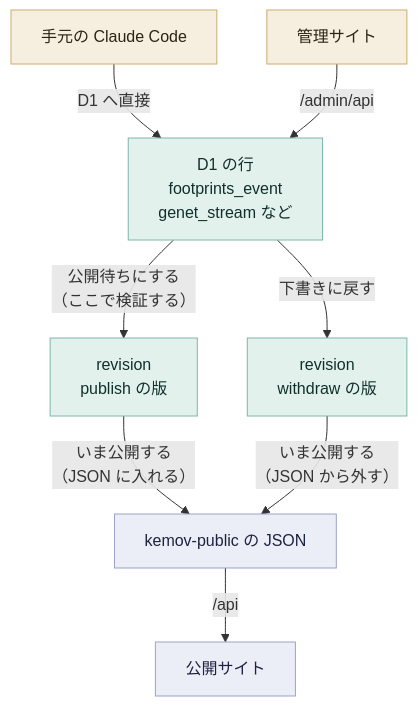
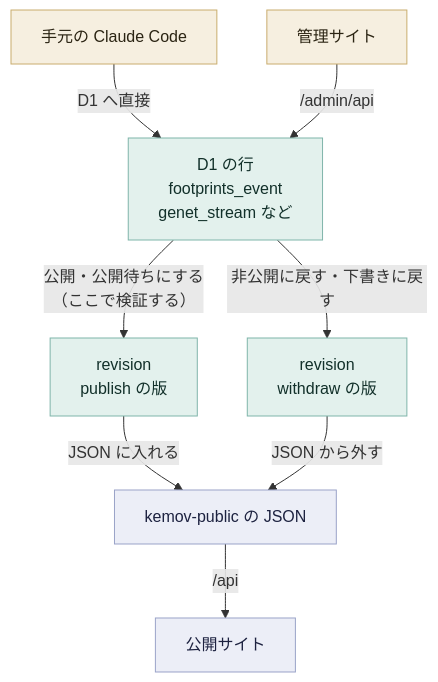
One commit to nanase/kemov changed the diagram in docs/reference/admin.md. Above: the diagram before and after it, drawn with Mermaid. The commit also changed other lines of this file and 35 other files, not shown here.

````diff
--- a/docs/reference/admin.md
+++ b/docs/reference/admin.md
@@ -21,16 +21,16 @@
 ```mermaid
 flowchart TD
   cc["手元の Claude Code"] -- "D1 へ直接" --> rows["D1 の行<br/>footprints_event<br/>genet_stream など"]
   site["管理サイト"] -- "/admin/api" --> rows
-  rows -- "公開待ちにする<br/>（ここで検証する）" --> rev["revision<br/>publish の版"]
-  rows -- "下書きに戻す" --> rev2["revision<br/>withdraw の版"]
-  rev -- "いま公開する<br/>（JSON に入れる）" --> json["kemov-public の JSON"]
-  rev2 -- "いま公開する<br/>（JSON から外す）" --> json
+  rows -- "公開・公開待ちにする<br/>（ここで検証する）" --> rev["revision<br/>publish の版"]
+  rows -- "非公開に戻す・下書きに戻す" --> rev2["revision<br/>withdraw の版"]
+  rev -- "JSON に入れる" --> json["kemov-public の JSON"]
+  rev2 -- "JSON から外す" --> json
   json -- "/api" --> pub["公開サイト"]
   classDef write fill:#f6efe0,stroke:#c9ad6e,color:#2b2413
   classDef store fill:#e3f1ed,stroke:#7fb5aa,color:#12302a
   classDef out fill:#eceef7,stroke:#9aa3c8,color:#1d2240
   class cc,site write
   class rows,rev,rev2 store
   class json,pub out
 ```
````
